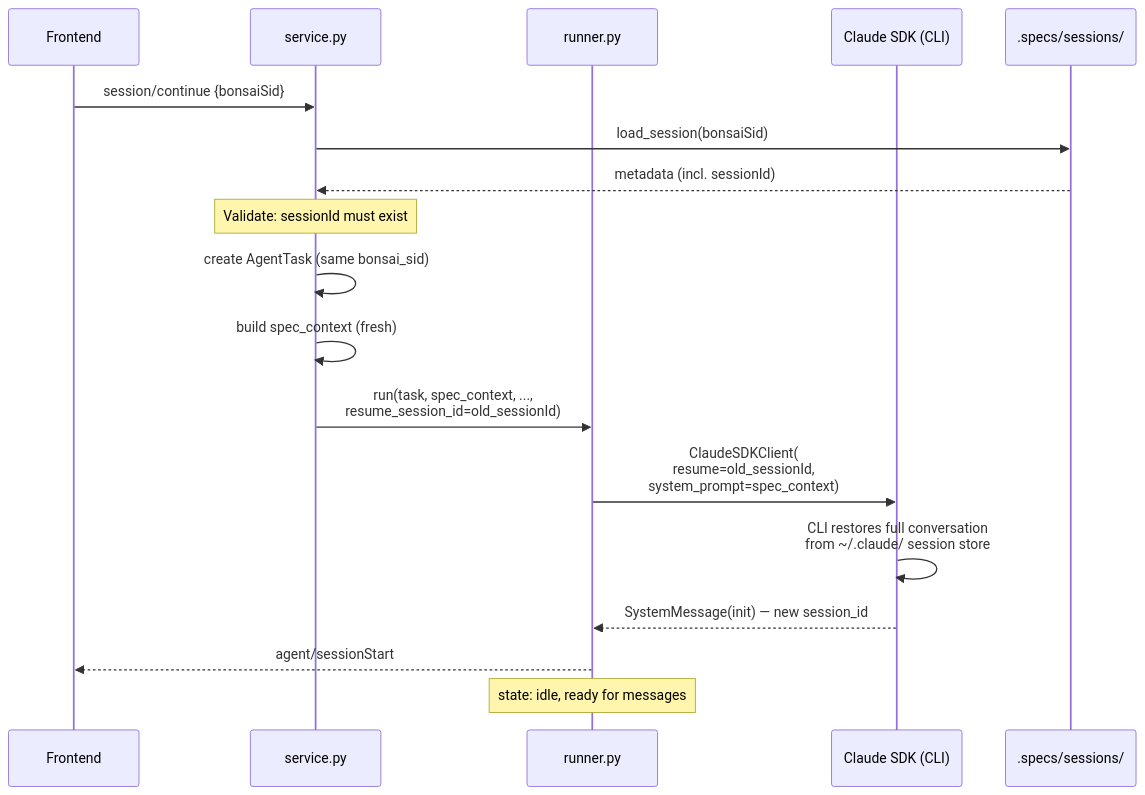
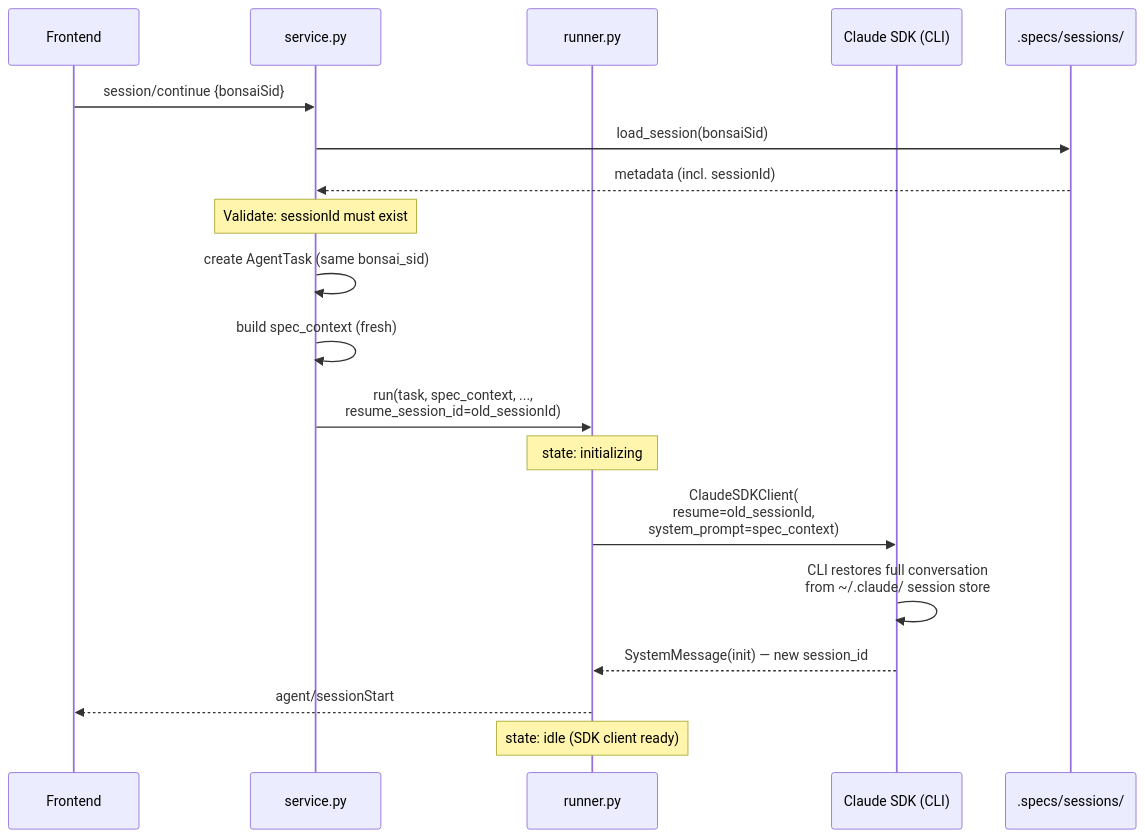
Before and after one commit to JetBrains/thinkrail: the fourth of 5 diagrams in backend/app/agent/README.md, drawn with Mermaid. The commit also changed other lines of this file and 23 other files, not shown here.

````diff
--- a/backend/app/agent/README.md
+++ b/backend/app/agent/README.md
@@ -154,25 +159,26 @@
 ```mermaid
 sequenceDiagram
     participant F as Frontend
     participant Svc as service.py
     participant R as runner.py
     participant SDK as Claude SDK (CLI)
     participant Disk as .specs/sessions/
 
     F->>Svc: session/continue {bonsaiSid}
     Svc->>Disk: load_session(bonsaiSid)
     Disk-->>Svc: metadata (incl. sessionId)
 
     Note over Svc: Validate: sessionId must exist
 
     Svc->>Svc: create AgentTask (same bonsai_sid)
     Svc->>Svc: build spec_context (fresh)
     Svc->>R: run(task, spec_context, ...,<br/>resume_session_id=old_sessionId)
 
+    Note over R: state: initializing
     R->>SDK: ClaudeSDKClient(<br/>  resume=old_sessionId,<br/>  system_prompt=spec_context)
     SDK->>SDK: CLI restores full conversation<br/>from ~/.claude/ session store
     SDK-->>R: SystemMessage(init) — new session_id
 
     R-->>F: agent/sessionStart
-    Note over R: state: idle, ready for messages
+    Note over R: state: idle (SDK client ready)
 ```
````
